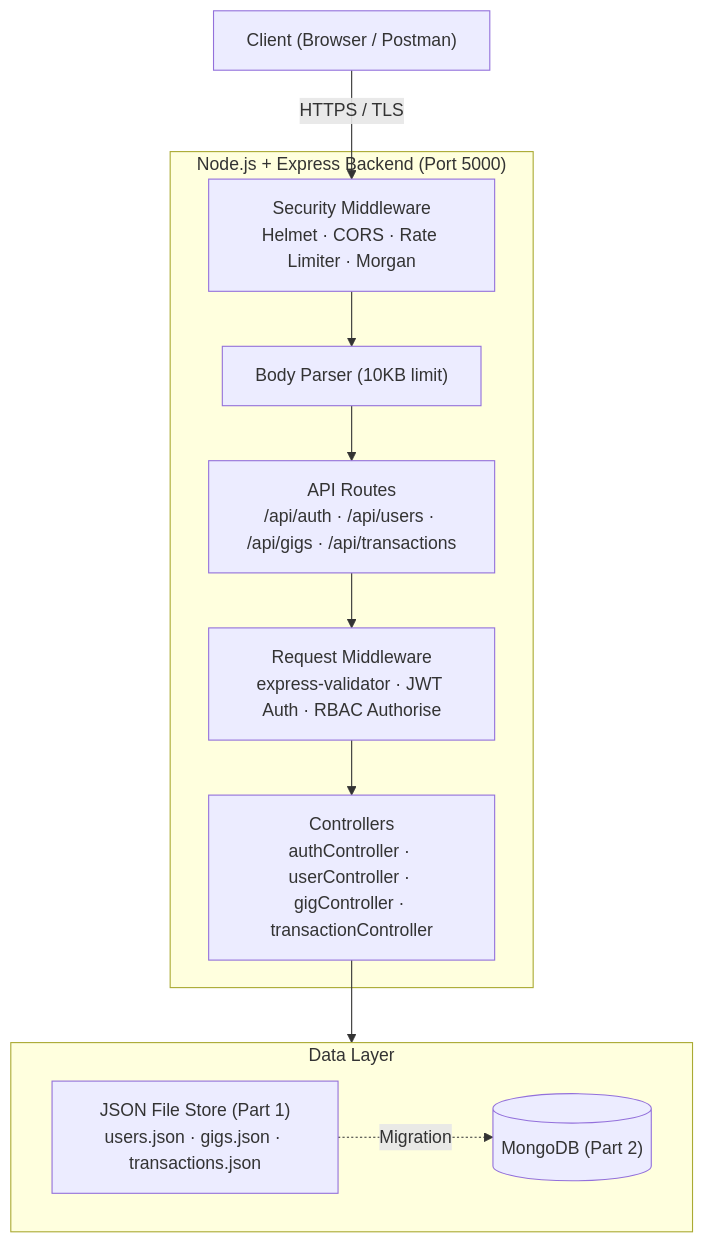
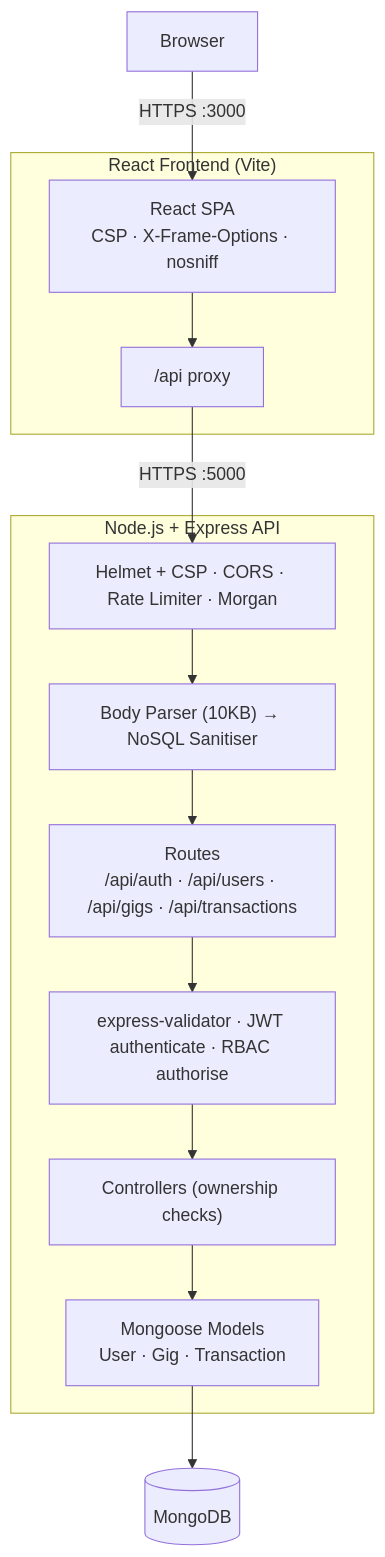
One commit to msa1105/INSY7314-POE changed the diagram in README.md. Above: the diagram before and after it, drawn with Mermaid. The commit also changed other lines of this file, not shown here.

Commit message:
docs(readme): document Part 2 features, security measures, run instructions and testing procedures

````diff
--- a/README.md
+++ b/README.md
@@ -108,21 +62,24 @@
 ```mermaid
 flowchart TD
-    Client["Client (Browser / Postman)"]
-    Client -->|"HTTPS / TLS"| SecurityLayer
+    Browser["Browser"]
+    Browser -->|"HTTPS :3000"| React
 
-    subgraph Backend["Node.js + Express Backend (Port 5000)"]
-        SecurityLayer["Security Middleware\nHelmet · CORS · Rate Limiter · Morgan"]
-        SecurityLayer --> BodyParser["Body Parser (10KB limit)"]
-        BodyParser --> Routes["API Routes\n/api/auth · /api/users · /api/gigs · /api/transactions"]
-        Routes --> Middleware["Request Middleware\nexpress-validator · JWT Auth · RBAC Authorise"]
-        Middleware --> Controllers["Controllers\nauthController · userController · gigController · transactionController"]
+    subgraph Frontend["React Frontend (Vite)"]
+        React["React SPA\nCSP · X-Frame-Options · nosniff"]
+        Proxy["/api proxy"]
+        React --> Proxy
     end
 
-    Controllers --> DataLayer
+    Proxy -->|"HTTPS :5000"| SecurityLayer
 
-    subgraph DataLayer["Data Layer"]
-        JSONStore["JSON File Store (Part 1)\nusers.json · gigs.json · transactions.json"]
-        MongoDB[("MongoDB (Part 2)")]
-        JSONStore -.->|"Migration"| MongoDB
+    subgraph Backend["Node.js + Express API"]
+        SecurityLayer["Helmet + CSP · CORS · Rate Limiter · Morgan"]
+        SecurityLayer --> Parser["Body Parser (10KB) → NoSQL Sanitiser"]
+        Parser --> Routes["Routes\n/api/auth · /api/users · /api/gigs · /api/transactions"]
+        Routes --> MW["express-validator · JWT authenticate · RBAC authorise"]
+        MW --> Controllers["Controllers (ownership checks)"]
+        Controllers --> Models["Mongoose Models\nUser · Gig · Transaction"]
     end
+
+    Models --> MongoDB[("MongoDB")]
 ```
````
